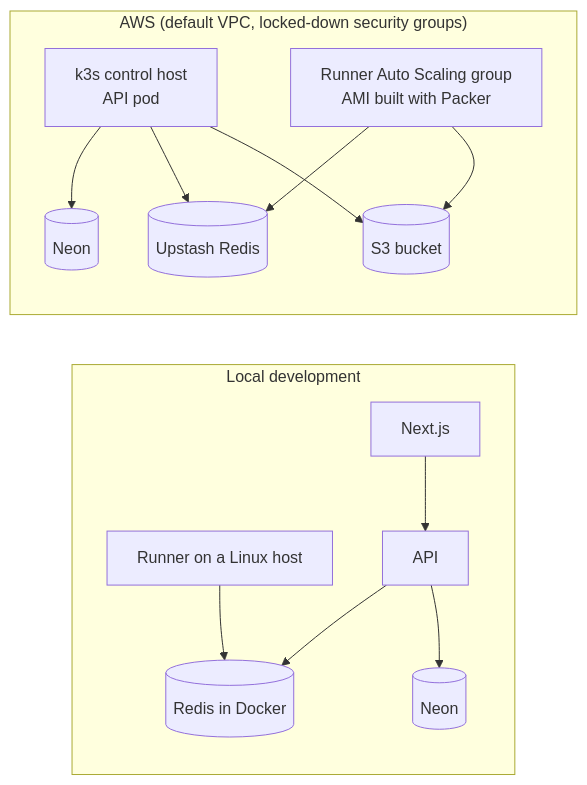
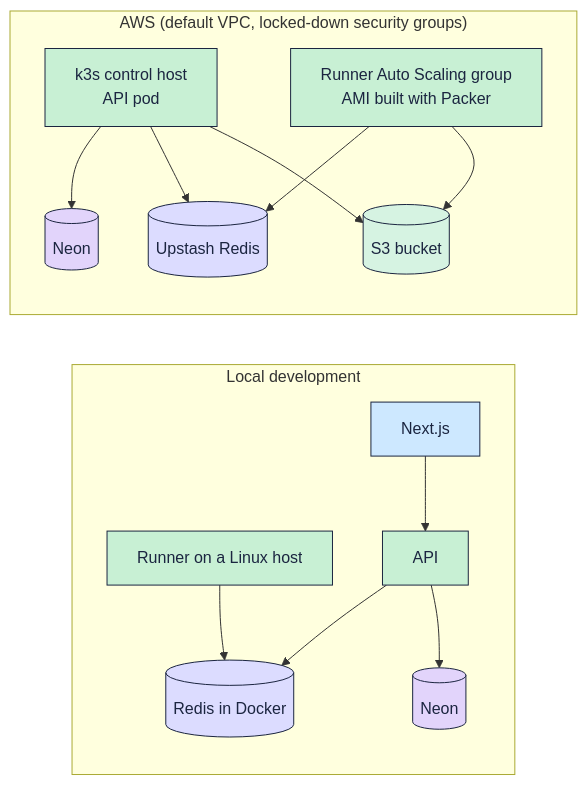
One commit to KarthikSP1911/Leetforce changed the third of 3 diagrams in README.md. Above: the diagram before and after it, drawn with Mermaid. The commit also changed other lines of this file and 1 other file, not shown here.

First line of the commit message:
docs(docs): add logos, a coloured architecture picture and a docs index

````diff
--- a/README.md
+++ b/README.md
@@ -194,16 +287,31 @@
 ```mermaid
 flowchart LR
   subgraph Local["Local development"]
     L1[Next.js] --> L2[API] --> L3[(Redis in Docker)]
     L2 --> L4[(Neon)]
     L5[Runner on a Linux host] --> L3
   end
 
   subgraph Cloud["AWS (default VPC, locked-down security groups)"]
     C1[k3s control host<br/>API pod] --> C2[(Neon)]
     C1 --> C3[(Upstash Redis)]
     C4[Runner Auto Scaling group<br/>AMI built with Packer] --> C3
     C4 --> C5[(S3 bucket)]
     C1 --> C5
   end
+  classDef web fill:#cde8ff,stroke:#1b2540,color:#1b2540
+  classDef api fill:#c8f0d4,stroke:#1b2540,color:#1b2540
+  classDef db fill:#e2d4fb,stroke:#1b2540,color:#1b2540
+  classDef queue fill:#dcdcff,stroke:#1b2540,color:#1b2540
+  classDef run fill:#c8f0d4,stroke:#1b2540,color:#1b2540
+  classDef sandbox fill:#ffd3d3,stroke:#1b2540,color:#1b2540
+  classDef store fill:#d6f3e2,stroke:#1b2540,color:#1b2540
+  classDef work fill:#fff1b8,stroke:#1b2540,color:#1b2540
+  classDef obs fill:#ffe1c2,stroke:#1b2540,color:#1b2540
+  class L1 web
+  class L2,C1 api
+  class L3,C3 queue
+  class L4,C2 db
+  class L5,C4 run
+  class C5 store
 ```
````
